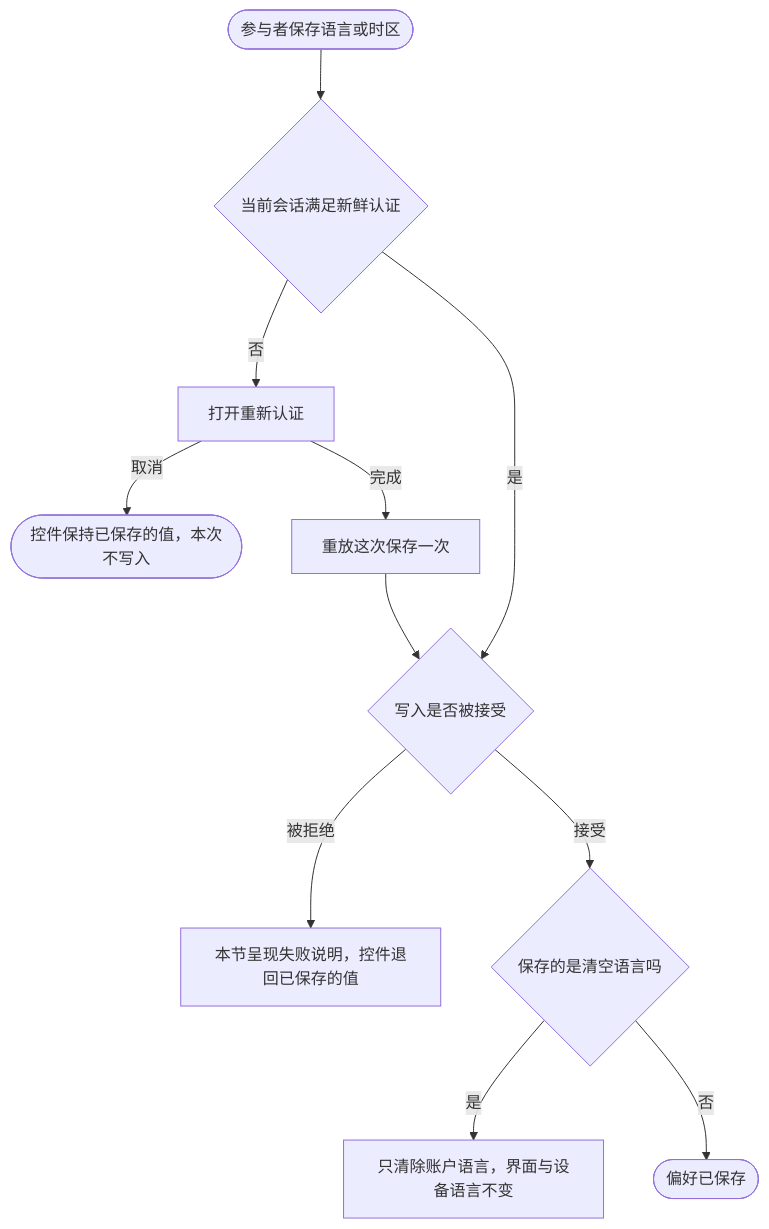
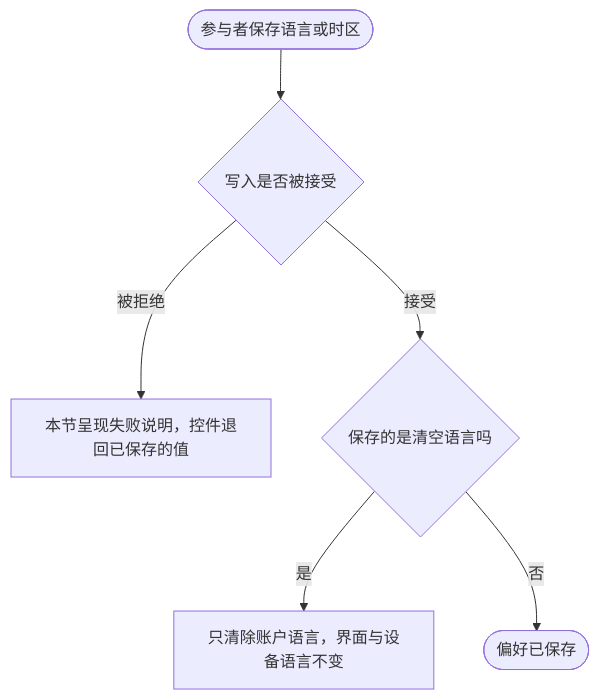
The diagram in docs/prd/journeys/journey-personalize-interface.md (wangzw/speed), drawn with Mermaid before and after one commit. The commit also changed other lines of this file and 42 other files, not shown here.

````diff
--- a/docs/prd/journeys/journey-personalize-interface.md
+++ b/docs/prd/journeys/journey-personalize-interface.md
@@ -30,13 +30,8 @@
 ```mermaid
 flowchart TD
-    save([参与者保存语言或时区]) --> fresh{当前会话满足新鲜认证}
-    fresh -->|否| dialog[打开重新认证]
-    dialog -->|取消| untouched([控件保持已保存的值，本次不写入])
-    dialog -->|完成| replay[重放这次保存一次]
-    replay --> result{写入是否被接受}
-    fresh -->|是| result
+    save([参与者保存语言或时区]) --> result{写入是否被接受}
     result -->|被拒绝| failed[本节呈现失败说明，控件退回已保存的值]
     result -->|接受| cleared{保存的是清空语言吗}
     cleared -->|是| accountOnly[只清除账户语言，界面与设备语言不变]
     cleared -->|否| saved([偏好已保存])
 ```
````
